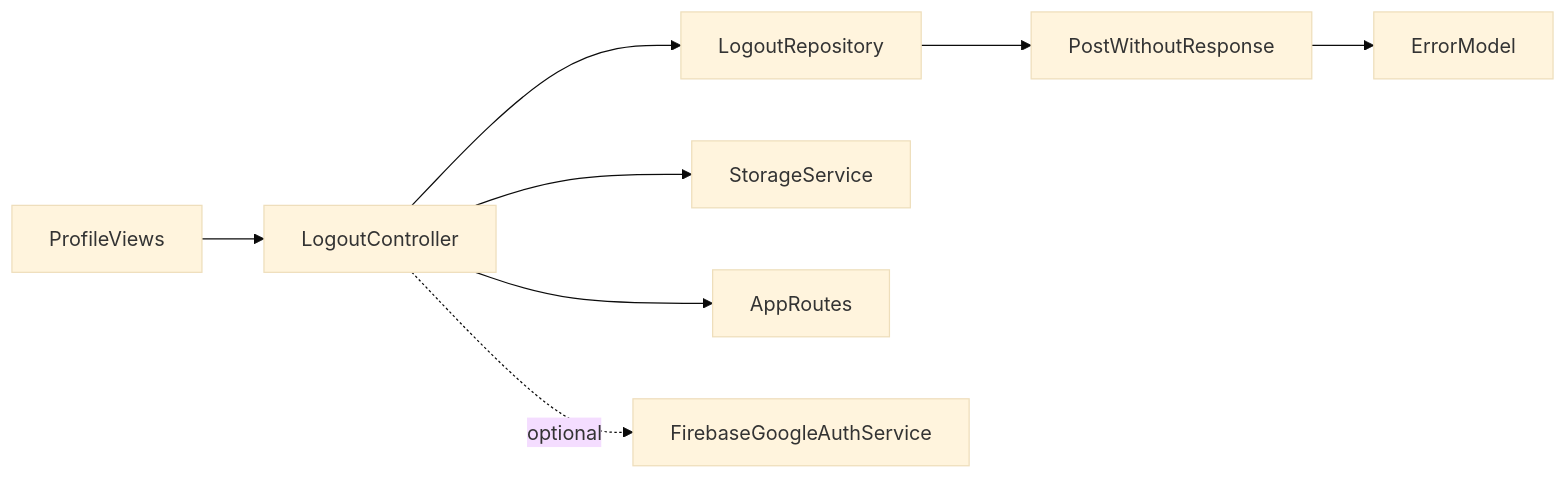
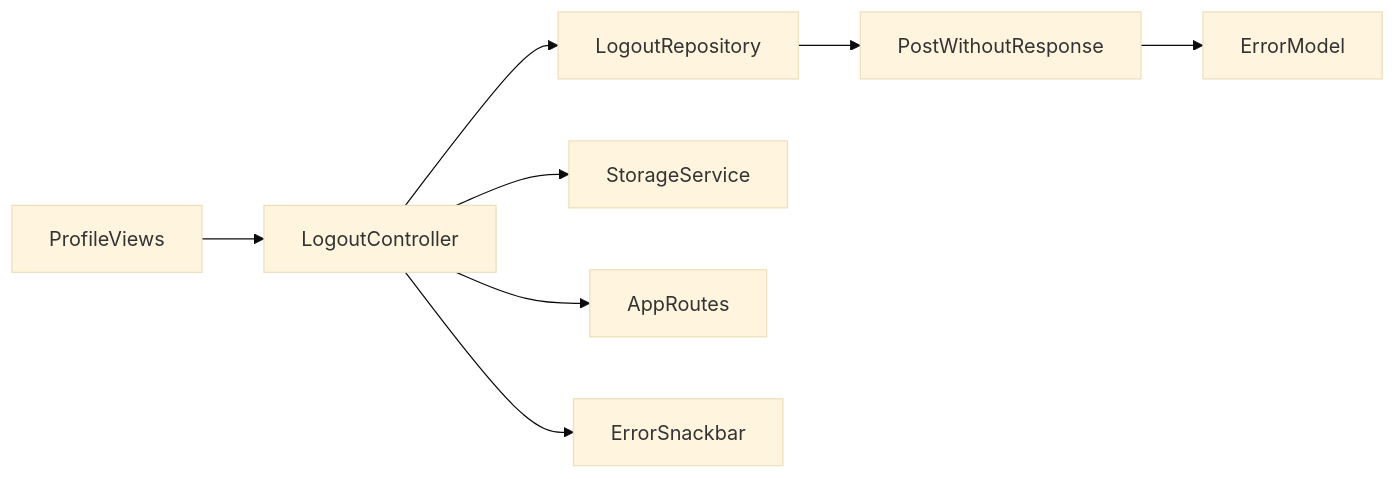
The fourth of 4 diagrams in .qoder/repowiki/en/content/Core Features/Authentication System/Logout and Session Management.md (Ariful3111/FurniGo), drawn with Mermaid (base theme) before and after one commit. The commit also changed other lines of this file and 11 other files, not shown here.

````diff
--- a/.qoder/repowiki/en/content/Core Features/Authentication System/Logout and Session Management.md
+++ b/.qoder/repowiki/en/content/Core Features/Authentication System/Logout and Session Management.md
@@ -306,10 +332,10 @@
 ```mermaid
 graph LR
 PV["ProfileViews"] --> LC["LogoutController"]
 LC --> LR["LogoutRepository"]
 LR --> PWR["PostWithoutResponse"]
 PWR --> EM["ErrorModel"]
 LC --> SS["StorageService"]
 LC --> AR["AppRoutes"]
-LC -. optional .-> FGA["FirebaseGoogleAuthService"]
+LC --> ES["ErrorSnackbar"]
 ```
````
